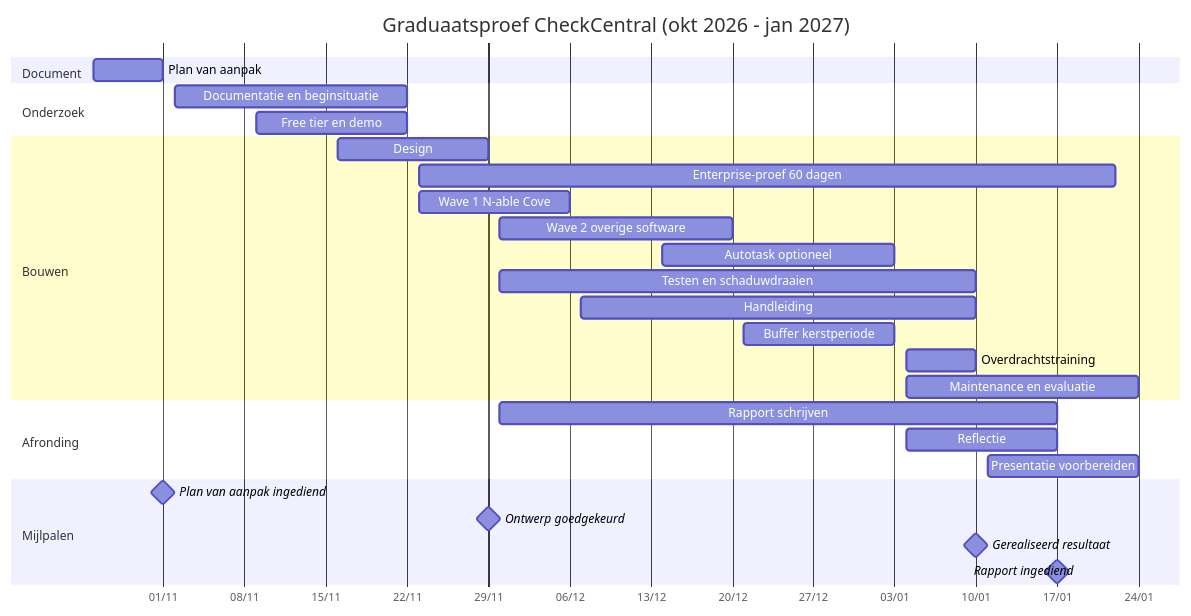
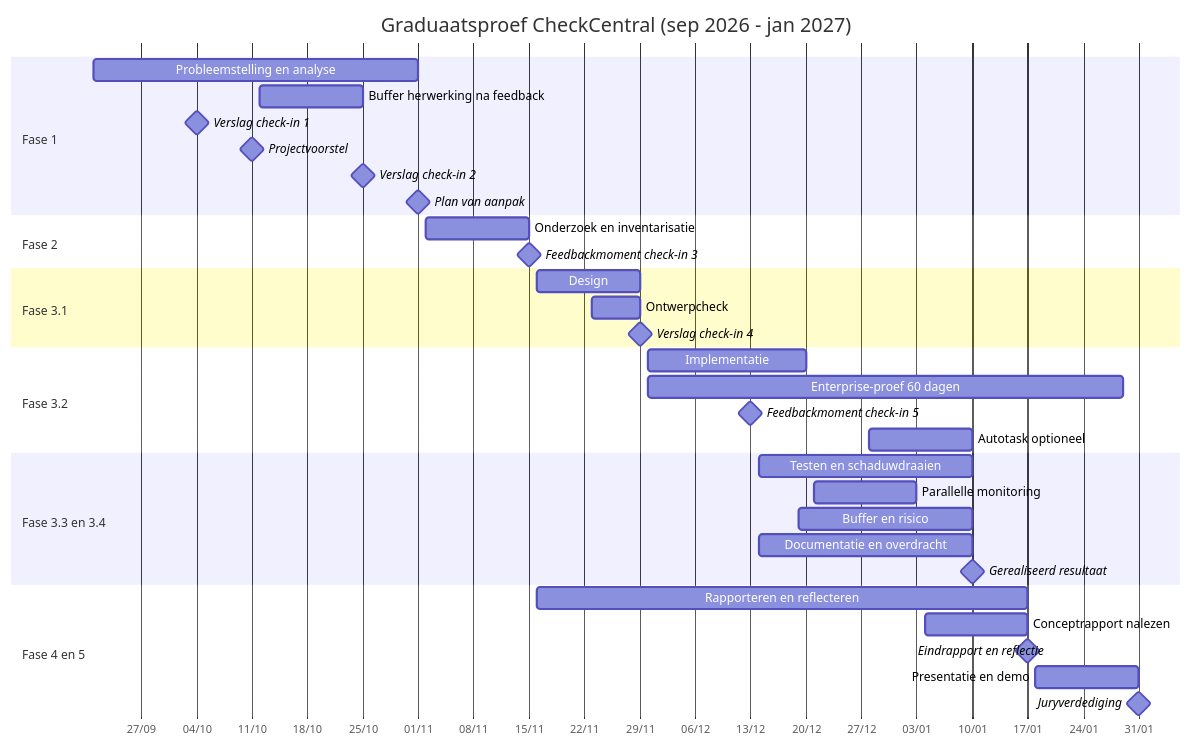
The diagram in docs/02-plan-van-aanpak.md (LoreGrymonprezPXL/Checkcentral-Backup-Dashboard), drawn with Mermaid before and after one commit. The commit also changed other lines of this file, not shown here.

Commit message:
Update project plan status and details

````diff
--- a/docs/02-plan-van-aanpak.md
+++ b/docs/02-plan-van-aanpak.md
@@ -51,31 +61,37 @@
 ```mermaid
 gantt
-    title Graduaatsproef CheckCentral (okt 2026 - jan 2027)
+    title Graduaatsproef CheckCentral (sep 2026 - jan 2027)
     dateFormat  YYYY-MM-DD
     axisFormat  %d/%m
-    section Document
-    Plan van aanpak                :a1, 2026-10-26, 2026-11-01
-    section Onderzoek
-    Documentatie en beginsituatie  :b1, 2026-11-02, 2026-11-22
-    Free tier en demo              :b2, 2026-11-09, 2026-11-22
-    section Bouwen
-    Design                         :c1, 2026-11-16, 2026-11-29
-    Enterprise-proef 60 dagen      :c2, 2026-11-23, 2027-01-22
-    Wave 1 N-able Cove             :c3, 2026-11-23, 2026-12-06
-    Wave 2 overige software        :c4, 2026-11-30, 2026-12-20
-    Autotask optioneel             :c5, 2026-12-14, 2027-01-03
-    Testen en schaduwdraaien       :c6, 2026-11-30, 2027-01-10
-    Handleiding                    :c7, 2026-12-07, 2027-01-10
-    Buffer kerstperiode            :c8, 2026-12-21, 2027-01-03
-    Overdrachtstraining            :c9, 2027-01-04, 2027-01-10
-    Maintenance en evaluatie       :c10, 2027-01-04, 2027-01-24
-    section Afronding
-    Rapport schrijven              :d1, 2026-11-30, 2027-01-17
-    Reflectie                      :d2, 2027-01-04, 2027-01-17
-    Presentatie voorbereiden       :d3, 2027-01-11, 2027-01-24
-    section Mijlpalen
-    Plan van aanpak ingediend      :milestone, m1, 2026-11-01, 0d
-    Ontwerp goedgekeurd            :milestone, m2, 2026-11-29, 0d
-    Gerealiseerd resultaat         :milestone, m3, 2027-01-10, 0d
-    Rapport ingediend              :milestone, m4, 2027-01-17, 0d
+    section Fase 1
+    Probleemstelling en analyse     :a1, 2026-09-21, 2026-11-01
+    Buffer herwerking na feedback   :a2, 2026-10-12, 2026-10-25
+    Verslag check-in 1              :milestone, m1, 2026-10-04, 0d
+    Projectvoorstel                 :milestone, m2, 2026-10-11, 0d
+    Verslag check-in 2              :milestone, m3, 2026-10-25, 0d
+    Plan van aanpak                 :milestone, m4, 2026-11-01, 0d
+    section Fase 2
+    Onderzoek en inventarisatie     :b1, 2026-11-02, 2026-11-15
+    Feedbackmoment check-in 3       :milestone, m5, 2026-11-15, 0d
+    section Fase 3.1
+    Design                          :c1, 2026-11-16, 2026-11-29
+    Ontwerpcheck                    :c2, 2026-11-23, 2026-11-29
+    Verslag check-in 4              :milestone, m6, 2026-11-29, 0d
+    section Fase 3.2
+    Implementatie                   :d1, 2026-11-30, 2026-12-20
+    Enterprise-proef 60 dagen       :d2, 2026-11-30, 2027-01-29
+    Feedbackmoment check-in 5       :milestone, m7, 2026-12-13, 0d
+    Autotask optioneel              :d3, 2026-12-28, 2027-01-10
+    section Fase 3.3 en 3.4
+    Testen en schaduwdraaien        :e1, 2026-12-14, 2027-01-10
+    Parallelle monitoring           :e2, 2026-12-21, 2027-01-03
+    Buffer en risico                :e3, 2026-12-19, 2027-01-10
+    Documentatie en overdracht      :e4, 2026-12-14, 2027-01-10
+    Gerealiseerd resultaat          :milestone, m8, 2027-01-10, 0d
+    section Fase 4 en 5
+    Rapporteren en reflecteren      :f1, 2026-11-16, 2027-01-17
+    Conceptrapport nalezen          :f2, 2027-01-04, 2027-01-17
+    Eindrapport en reflectie        :milestone, m9, 2027-01-17, 0d
+    Presentatie en demo             :f3, 2027-01-18, 2027-01-31
+    Juryverdediging                 :milestone, m10, 2027-01-31, 0d
 ```
````
